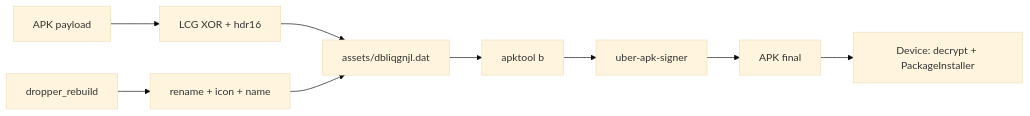
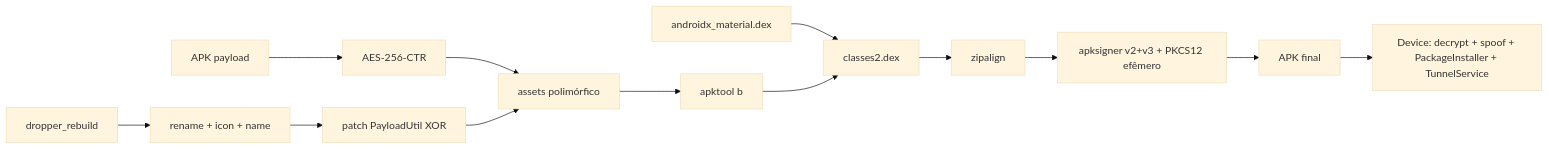
Before and after one commit to fuusi00n/protect-tool: the diagram in APP-TEST/01-TECNICA-FUD-DROPPER.md, drawn with Mermaid (base theme). The commit also changed other lines of this file and 63 other files, not shown here.

````diff
--- a/APP-TEST/01-TECNICA-FUD-DROPPER.md
+++ b/APP-TEST/01-TECNICA-FUD-DROPPER.md
@@ -172,11 +153,15 @@
 ```mermaid
 flowchart LR
-  U[APK payload] --> E[LCG XOR + hdr16]
-  E --> D[assets/dbliqgnjl.dat]
+  U[APK payload] --> E[AES-256-CTR]
+  E --> D[assets polimórfico]
   T[dropper_rebuild] --> R[rename + icon + name]
-  R --> D
+  R --> P[patch PayloadUtil XOR]
+  P --> D
   D --> B[apktool b]
-  B --> S[uber-apk-signer]
+  L[androidx_material.dex] --> I[classes2.dex]
+  B --> I
+  I --> Z[zipalign]
+  Z --> S[apksigner v2+v3 + PKCS12 efêmero]
   S --> O[APK final]
-  O --> RT[Device: decrypt + PackageInstaller]
+  O --> RT[Device: decrypt + spoof + PackageInstaller + TunnelService]
 ```
````
